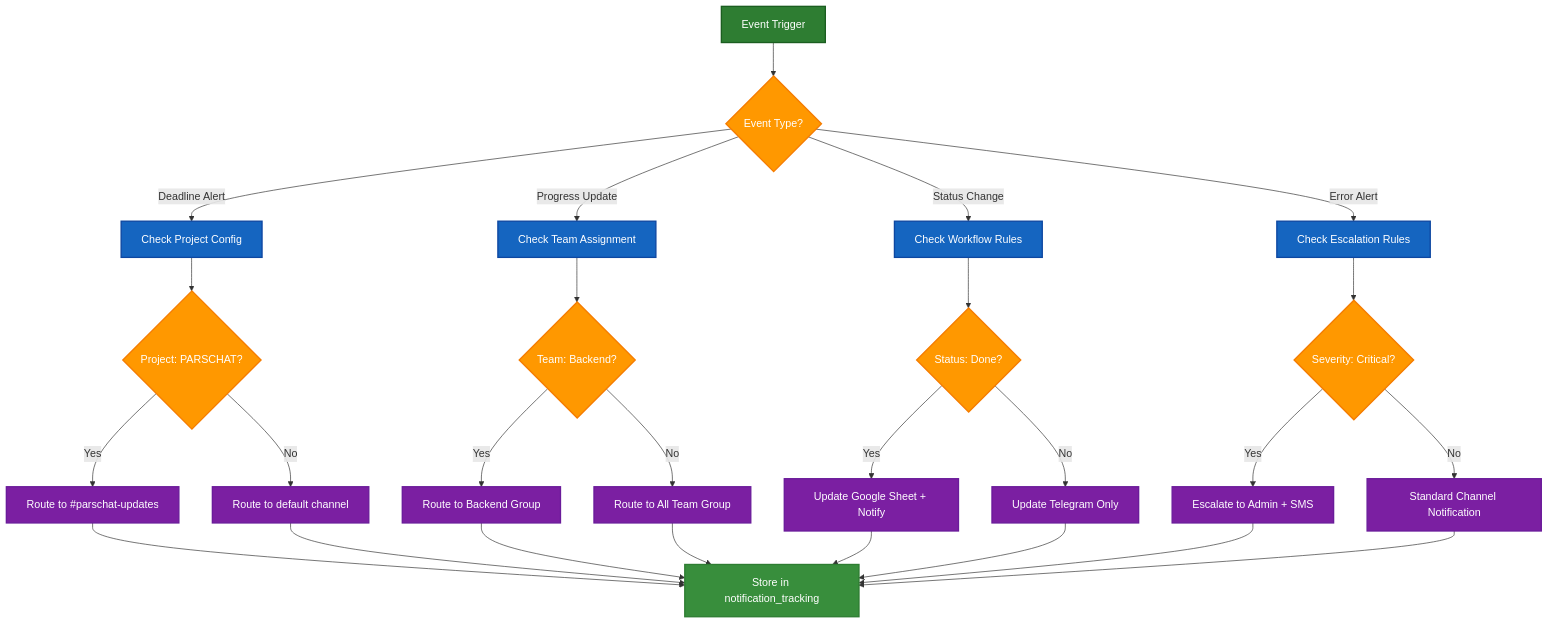
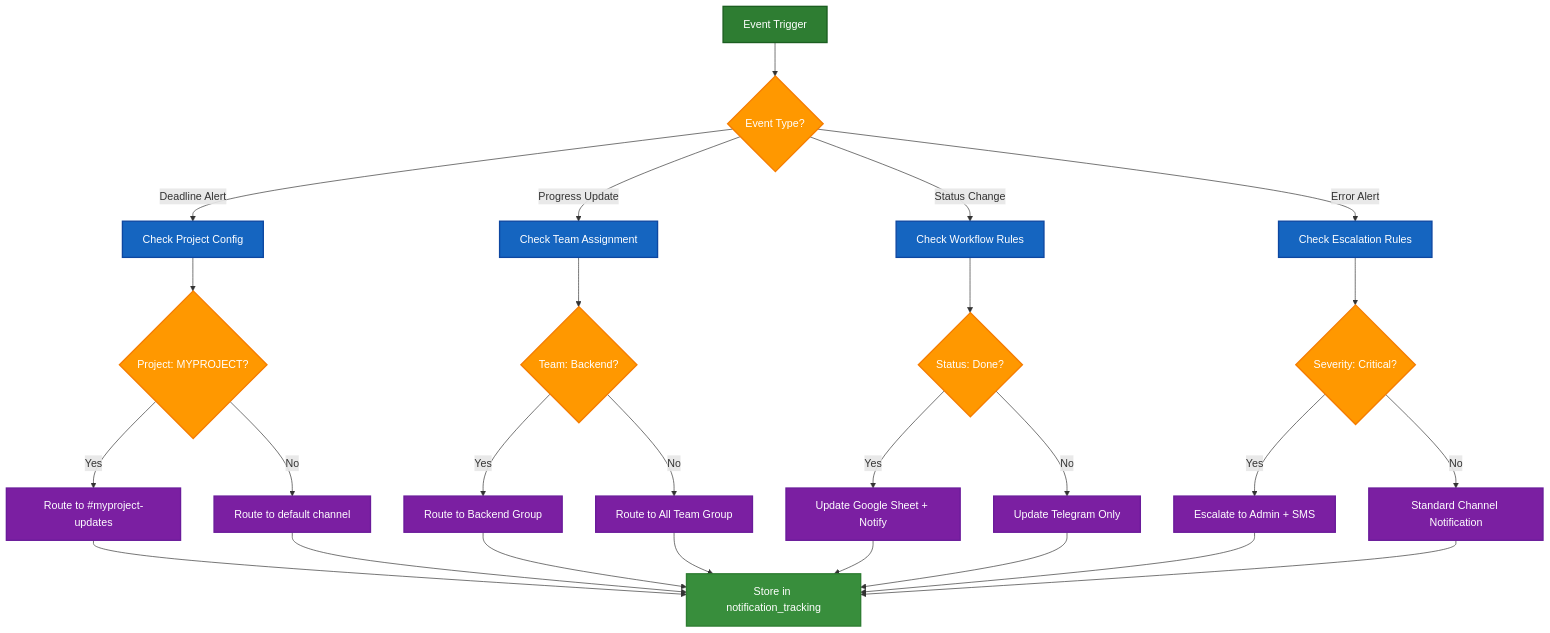
One commit to alikaz3mi/jira-telegram-bot changed the seventh of 9 diagrams in docs/infrastructure/mongodb/mongodb-database-ecosystem.md. Above: the diagram before and after it, drawn with Mermaid. The commit also changed other lines of this file and 80 other files, not shown here.

````diff
--- a/docs/infrastructure/mongodb/mongodb-database-ecosystem.md
+++ b/docs/infrastructure/mongodb/mongodb-database-ecosystem.md
@@ -390,48 +390,48 @@
 ```mermaid
 graph TD
     A[Event Trigger] --> B{Event Type?}
 
     B -->|Deadline Alert| C[Check Project Config]
     B -->|Progress Update| D[Check Team Assignment]
     B -->|Status Change| E[Check Workflow Rules]
     B -->|Error Alert| F[Check Escalation Rules]
 
-    C --> G{Project: PARSCHAT?}
+    C --> G{Project: MYPROJECT?}
     D --> H{Team: Backend?}
     E --> I{Status: Done?}
     F --> J{Severity: Critical?}
 
-    G -->|Yes| K[Route to #parschat-updates]
+    G -->|Yes| K[Route to #myproject-updates]
     G -->|No| L[Route to default channel]
 
     H -->|Yes| M[Route to Backend Group]
     H -->|No| N[Route to All Team Group]
 
     I -->|Yes| O[Update Google Sheet + Notify]
     I -->|No| P[Update Telegram Only]
 
     J -->|Yes| Q[Escalate to Admin + SMS]
     J -->|No| R[Standard Channel Notification]
 
     K --> S[Store in notification_tracking]
     L --> S
     M --> S
     N --> S
     O --> S
     P --> S
     Q --> S
     R --> S
 
     %% Styling
     classDef trigger fill:#2e7d32,stroke:#1b5e20,stroke-width:2px,color:#fff
     classDef decision fill:#ff9800,stroke:#f57c00,stroke-width:2px,color:#fff
     classDef check fill:#1565c0,stroke:#0d47a1,stroke-width:2px,color:#fff
     classDef route fill:#7b1fa2,stroke:#6a1b9a,stroke-width:2px,color:#fff
     classDef store fill:#388e3c,stroke:#2e7d32,stroke-width:2px,color:#fff
 
     class A trigger
     class B,G,H,I,J decision
     class C,D,E,F check
     class K,L,M,N,O,P,Q,R route
     class S store
 ```
````
